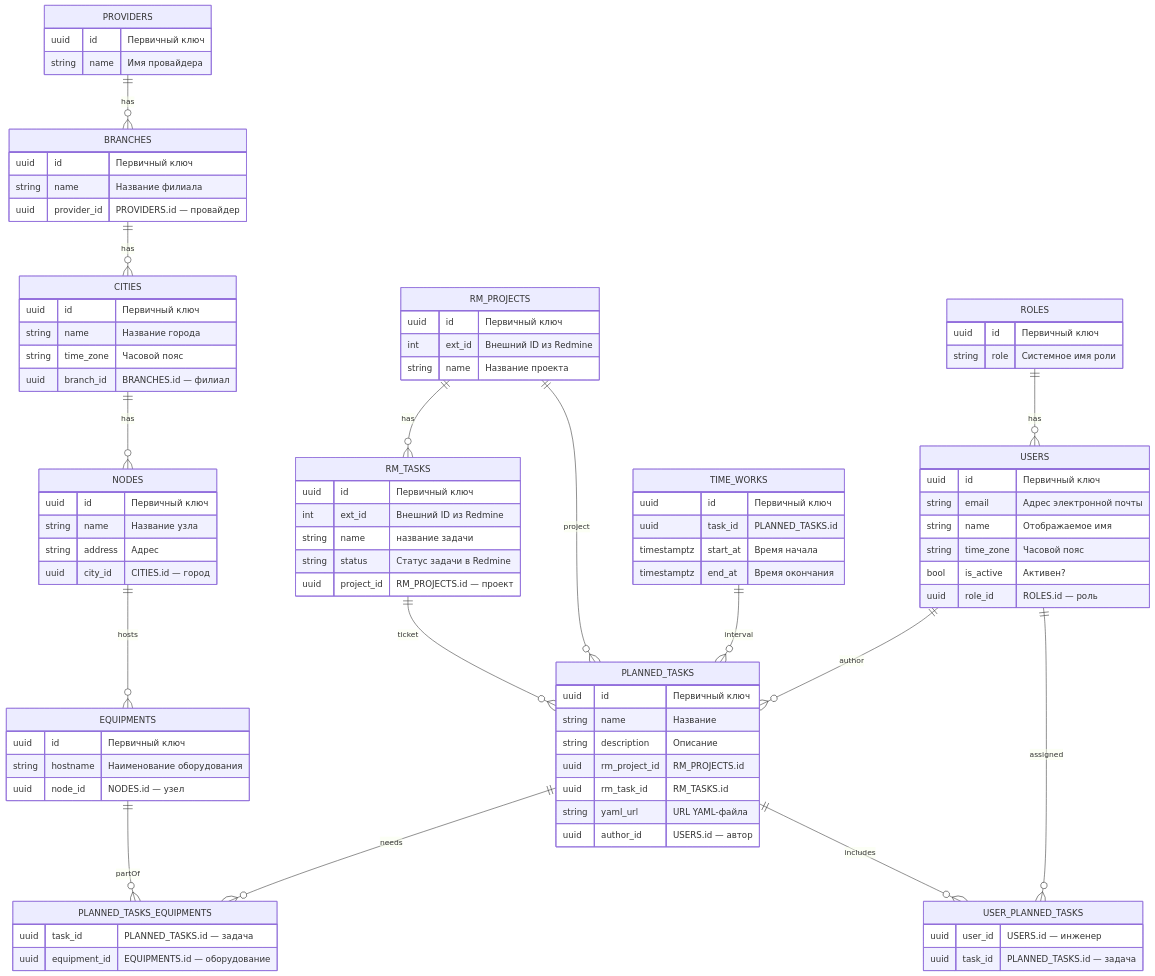
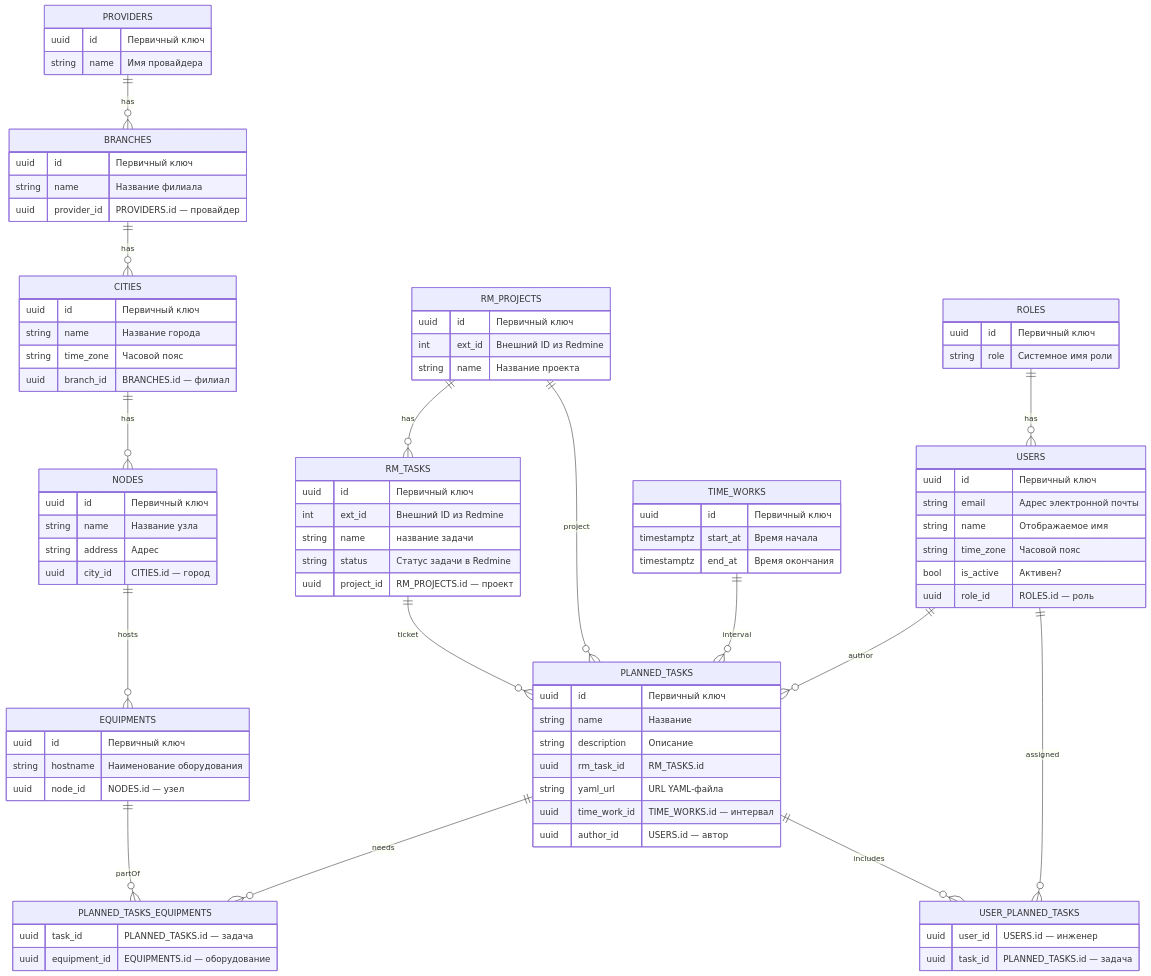
One commit to yushachkov01/new_ntPlanner changed the diagram in project-schemas/hasuraScheme.md. Above: the diagram before and after it, drawn with Mermaid.

Commit message:
Проработал схему данных Hasura

```diff
--- a/project-schemas/hasuraScheme.md
+++ b/project-schemas/hasuraScheme.md
@@ -65,15 +65,14 @@
         uuid   id            "Первичный ключ"
         string name          "Название"
         string description   "Описание"
-        uuid   rm_project_id "RM_PROJECTS.id"
         uuid   rm_task_id    "RM_TASKS.id"
         string yaml_url      "URL YAML‑файла"
-        uuid   author_id     "USERS.id — автор"
+        uuid   time_work_id " TIME_WORKS.id — интервал"
+        uuid   author_id     "USERS.id — автор"
     }
 
     TIME_WORKS {
         uuid        id        "Первичный ключ"
-        uuid        task_id   " PLANNED_TASKS.id"
         timestamptz start_at  "Время начала"
         timestamptz end_at    "Время окончания"
     }
```
